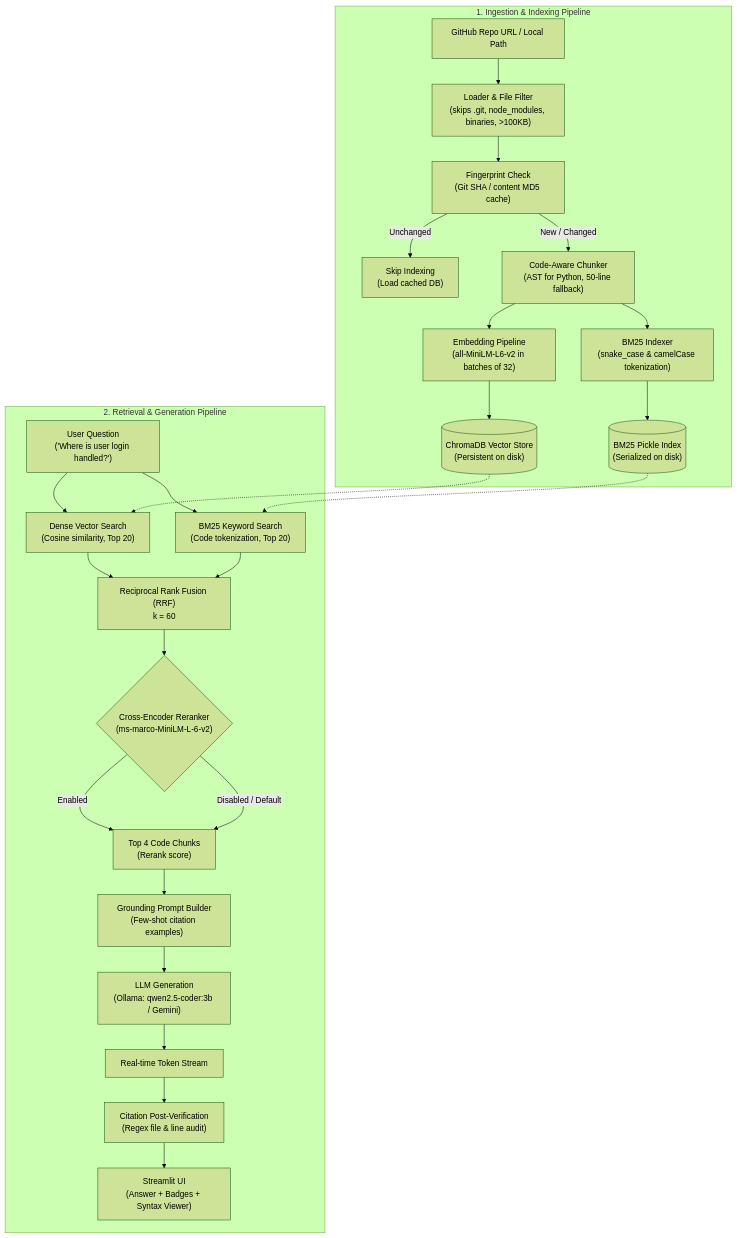
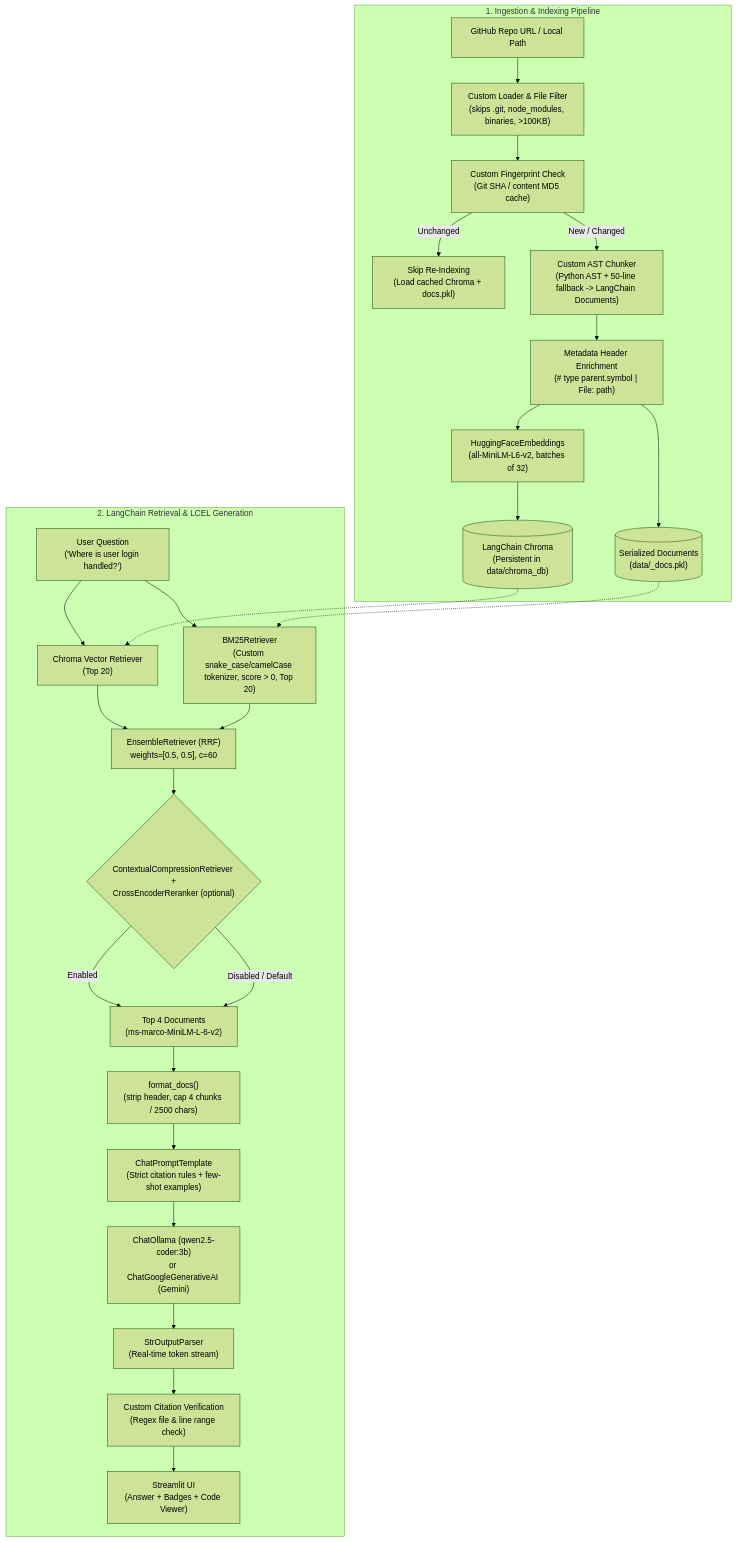
One commit to MuhammedAshfaque/RepoGuide changed the diagram in README.md. Above: the diagram before and after it, drawn with Mermaid (forest theme). The commit also changed other lines of this file and 2 other files, not shown here.

Commit message:
Step 7: Update requirements, README, and PROGRESS for LangChain migration

````diff
--- a/README.md
+++ b/README.md
@@ -18,30 +20,31 @@
 ```mermaid
 flowchart TD
     subgraph Ingestion ["1. Ingestion & Indexing Pipeline"]
-        A["GitHub Repo URL / Local Path"] --> B["Loader & File Filter\n(skips .git, node_modules, binaries, >100KB)"]
-        B --> C["Fingerprint Check\n(Git SHA / content MD5 cache)"]
-        C -->|Unchanged| CACHE["Skip Indexing\n(Load cached DB)"]
-        C -->|New / Changed| D["Code-Aware Chunker\n(AST for Python, 50-line fallback)"]
-        D --> E["Embedding Pipeline\n(all-MiniLM-L6-v2 in batches of 32)"]
-        D --> F["BM25 Indexer\n(snake_case & camelCase tokenization)"]
-        E --> G[("ChromaDB Vector Store\n(Persistent on disk)")]
-        F --> H[("BM25 Pickle Index\n(Serialized on disk)")]
+        A["GitHub Repo URL / Local Path"] --> B["Custom Loader & File Filter\n(skips .git, node_modules, binaries, >100KB)"]
+        B --> C["Custom Fingerprint Check\n(Git SHA / content MD5 cache)"]
+        C -->|Unchanged| CACHE["Skip Re-Indexing\n(Load cached Chroma + docs.pkl)"]
+        C -->|New / Changed| D["Custom AST Chunker\n(Python AST + 50-line fallback -> LangChain Documents)"]
+        D --> HDR["Metadata Header Enrichment\n(# type parent.symbol | File: path)"]
+        HDR --> E["HuggingFaceEmbeddings\n(all-MiniLM-L6-v2, batches of 32)"]
+        E --> G[("LangChain Chroma\n(Persistent in data/chroma_db)")]
+        HDR --> H[("Serialized Documents\n(data/<repo>_docs.pkl)")]
     end
 
-    subgraph Query ["2. Retrieval & Generation Pipeline"]
-        Q["User Question\n('Where is user login handled?')"] --> VEC["Dense Vector Search\n(Cosine similarity, Top 20)"]
-        Q --> BM["BM25 Keyword Search\n(Code tokenization, Top 20)"]
+    subgraph Query ["2. LangChain Retrieval & LCEL Generation"]
+        Q["User Question\n('Where is user login handled?')"] --> VEC["Chroma Vector Retriever\n(Top 20)"]
+        Q --> BM["BM25Retriever\n(Custom snake_case/camelCase tokenizer, score > 0, Top 20)"]
         G -.-> VEC
         H -.-> BM
-        VEC --> RRF["Reciprocal Rank Fusion (RRF)\nk = 60"]
+        VEC --> RRF["EnsembleRetriever (RRF)\nweights=[0.5, 0.5], c=60"]
         BM --> RRF
-        RRF --> RERANK{"Cross-Encoder Reranker\n(ms-marco-MiniLM-L-6-v2)"}
-        RERANK -->|Enabled| TOP["Top 4 Code Chunks\n(Rerank score)"]
+        RRF --> RERANK{"ContextualCompressionRetriever +\nCrossEncoderReranker (optional)"}
+        RERANK -->|Enabled| TOP["Top 4 Documents\n(ms-marco-MiniLM-L-6-v2)"]
         RERANK -->|Disabled / Default| TOP
-        TOP --> PROMPT["Grounding Prompt Builder\n(Few-shot citation examples)"]
-        PROMPT --> LLM["LLM Generation\n(Ollama: qwen2.5-coder:3b / Gemini)"]
-        LLM --> STREAM["Real-time Token Stream"]
-        STREAM --> AUDIT["Citation Post-Verification\n(Regex file & line audit)"]
-        AUDIT --> UI["Streamlit UI\n(Answer + Badges + Syntax Viewer)"]
+        TOP --> FMT["format_docs()\n(strip header, cap 4 chunks / 2500 chars)"]
+        FMT --> PROMPT["ChatPromptTemplate\n(Strict citation rules + few-shot examples)"]
+        PROMPT --> LLM["ChatOllama (qwen2.5-coder:3b)\nor ChatGoogleGenerativeAI (Gemini)"]
+        LLM --> PARSE["StrOutputParser\n(Real-time token stream)"]
+        PARSE --> AUDIT["Custom Citation Verification\n(Regex file & line range check)"]
+        AUDIT --> UI["Streamlit UI\n(Answer + Badges + Code Viewer)"]
     end
 ```
````
